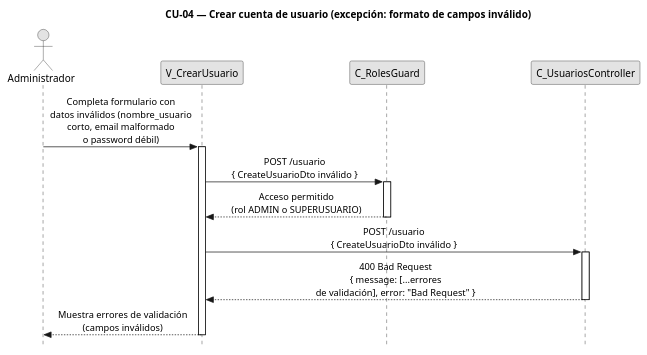
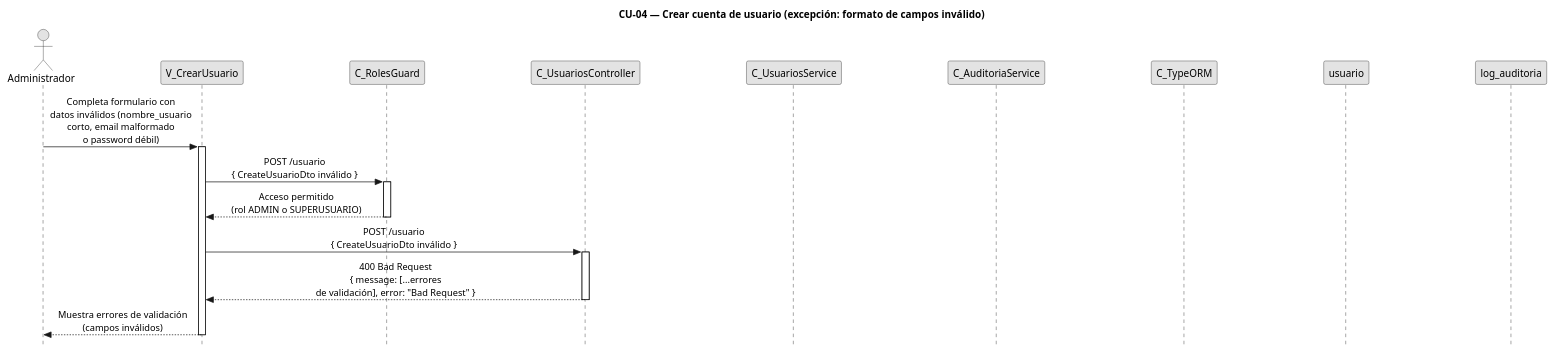
One commit to FSM-Finet-y-Cable-Magico/Team_1-Inventario-y-Bodega changed the diagram in diagramas-secuencia/CU04/CU04-exc-formato-invalido.puml. Above: the diagram before and after it, drawn with PlantUML. The commit also changed 83 other files, not shown here.

Commit message:
fix diagramas segun criterio profesor

```diff
--- a/diagramas-secuencia/CU04/CU04-exc-formato-invalido.puml
+++ b/diagramas-secuencia/CU04/CU04-exc-formato-invalido.puml
@@ -1,39 +1,44 @@
 @startuml CU04-exc-formato-invalido
 title CU-04 — Crear cuenta de usuario (excepción: formato de campos inválido)
 
 skinparam style strictuml
 skinparam monochrome true
 skinparam shadowing false
 skinparam sequenceMessageAlign center
 skinparam ParticipantPadding 70
 skinparam ActorPadding 30
 skinparam sequence {
   MessageAlign center
   LifeLineBorderColor black
 }
 hide footbox
 
 actor "Administrador" as user
 participant "V_CrearUsuario" as view
 participant "C_RolesGuard" as guard
 participant "C_UsuariosController" as ctrl
+participant "C_UsuariosService" as svc
+participant "C_AuditoriaService" as aud
+participant "C_TypeORM" as orm
+participant "usuario" as uent
+participant "log_auditoria" as aent
 
 user -> view : Completa formulario con\ndatos inválidos (nombre_usuario\ncorto, email malformado\no password débil)
 activate view
 
 view -> guard : POST /usuario\n{ CreateUsuarioDto inválido }
 activate guard
 
 guard --> view : Acceso permitido\n(rol ADMIN o SUPERUSUARIO)
 deactivate guard
 
 view -> ctrl : POST /usuario\n{ CreateUsuarioDto inválido }
 activate ctrl
 
 ctrl --> view : 400 Bad Request\n{ message: [...errores\nde validación], error: "Bad Request" }
 deactivate ctrl
 
 view --> user : Muestra errores de validación\n(campos inválidos)
 deactivate view
 
 @enduml
```
